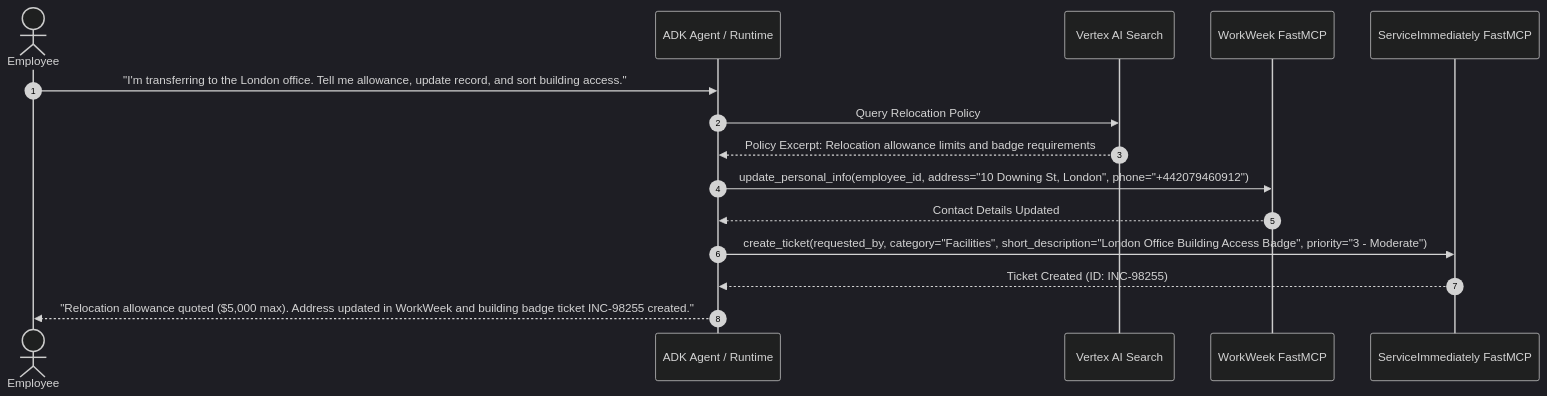
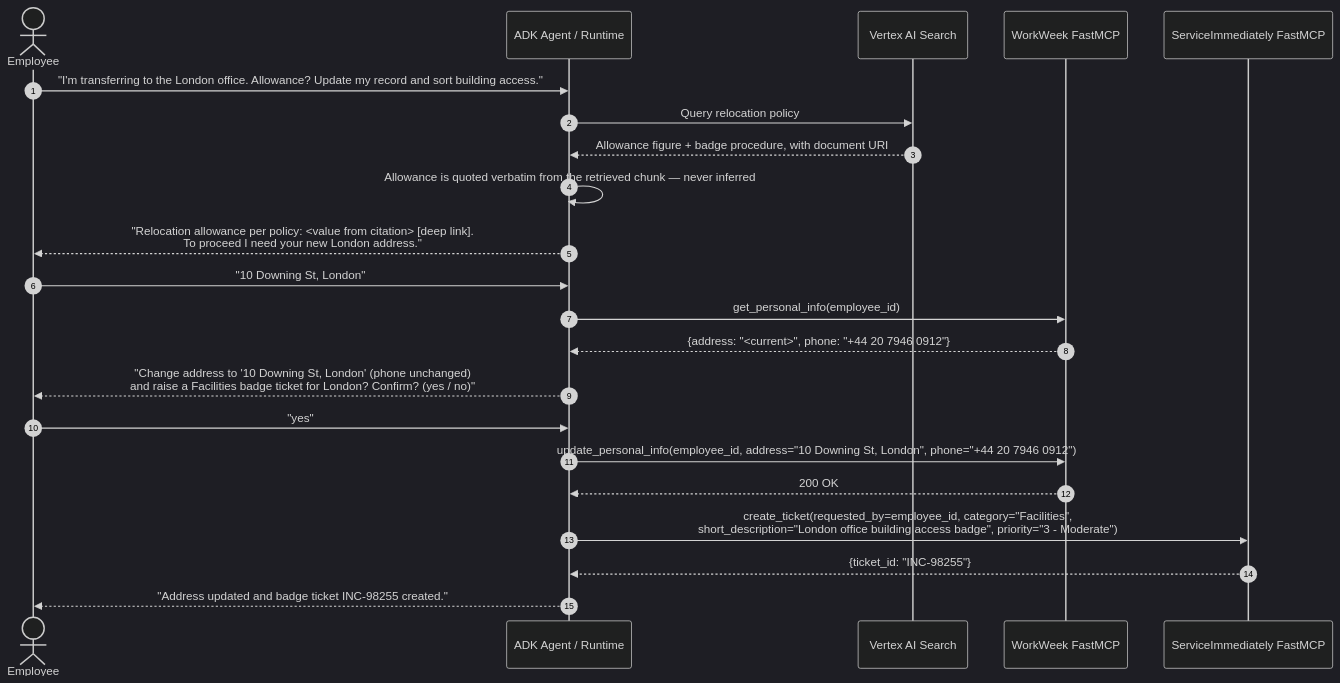
Before and after one commit to yangwhale/elevate-bj-g4: the seventh of 14 diagrams in SDD.md, drawn with Mermaid (dark theme). The commit also changed other lines of this file, not shown here.

First line of the commit message:
fix(sdd): make the document obey its own rules (v1.6)

````diff
--- a/SDD.md
+++ b/SDD.md
@@ -235,18 +280,25 @@
 ```mermaid
 sequenceDiagram
     autonumber
     actor Employee
     participant Agent as ADK Agent / Runtime
     participant RAG as Vertex AI Search
     participant WW as WorkWeek FastMCP
     participant SI as ServiceImmediately FastMCP
 
-    Employee->>Agent: "I'm transferring to the London office. Tell me allowance, update record, and sort building access."
-    Agent->>RAG: Query Relocation Policy
-    RAG-->>Agent: Policy Excerpt: Relocation allowance limits and badge requirements
-    Agent->>WW: update_personal_info(employee_id, address="10 Downing St, London", phone="+442079460912")
-    WW-->>Agent: Contact Details Updated
-    Agent->>SI: create_ticket(requested_by, category="Facilities", short_description="London Office Building Access Badge", priority="3 - Moderate")
-    SI-->>Agent: Ticket Created (ID: INC-98255)
-    Agent-->>Employee: "Relocation allowance quoted ($5,000 max). Address updated in WorkWeek and building badge ticket INC-98255 created."
+    Employee->>Agent: "I'm transferring to the London office. Allowance? Update my record and sort building access."
+    Agent->>RAG: Query relocation policy
+    RAG-->>Agent: Allowance figure + badge procedure, with document URI
+    Agent->>Agent: Allowance is quoted verbatim from the retrieved chunk — never inferred
+    Agent-->>Employee: "Relocation allowance per policy: <value from citation> [deep link].<br/>To proceed I need your new London address."
+    Employee->>Agent: "10 Downing St, London"
+    Agent->>WW: get_personal_info(employee_id)
+    WW-->>Agent: {address: "<current>", phone: "+44 20 7946 0912"}
+    Agent-->>Employee: "Change address to '10 Downing St, London' (phone unchanged)<br/>and raise a Facilities badge ticket for London? Confirm? (yes / no)"
+    Employee->>Agent: "yes"
+    Agent->>WW: update_personal_info(employee_id, address="10 Downing St, London", phone="+44 20 7946 0912")
+    WW-->>Agent: 200 OK
+    Agent->>SI: create_ticket(requested_by=employee_id, category="Facilities",<br/>short_description="London office building access badge", priority="3 - Moderate")
+    SI-->>Agent: {ticket_id: "INC-98255"}
+    Agent-->>Employee: "Address updated and badge ticket INC-98255 created."
 ```
````
